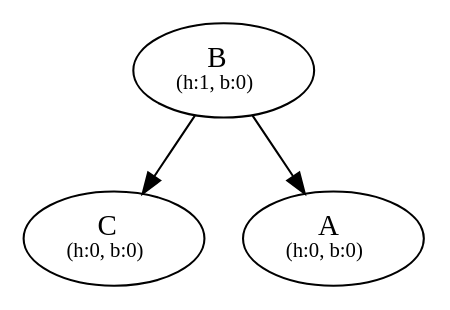
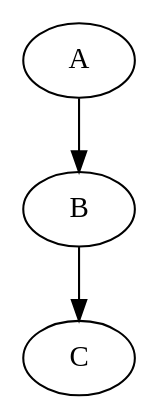
The diagram in master/Unit7-Trees/abc.txt.dot (byubean/cs235), drawn with Graphviz before and after one commit. The commit also changed 99 other files, not shown here.

```diff
--- a/master/Unit7-Trees/abc.txt.dot
+++ b/master/Unit7-Trees/abc.txt.dot
@@ -1,7 +1,7 @@
 digraph {
-  nB [label="B" pos="0.7,1.0!" label=<B <br/><font point-size="10">(h:1, b:0)</font>>]
-  nC [label="C" pos="1.4,0.0!" label=<C <br/><font point-size="10">(h:0, b:0)</font>>]
-  nA [label="A" pos="0.0,0.0!" label=<A <br/><font point-size="10">(h:0, b:0)</font>>]
+  nA [label="A" pos="0.8,2.0!" ]
+  nB [label="B" pos="1.6,1.0!" ]
+  nC [label="C" pos="2.0,0.0!" ]
+  nA -> nB 
   nB -> nC 
-  nB -> nA 
 }
```
